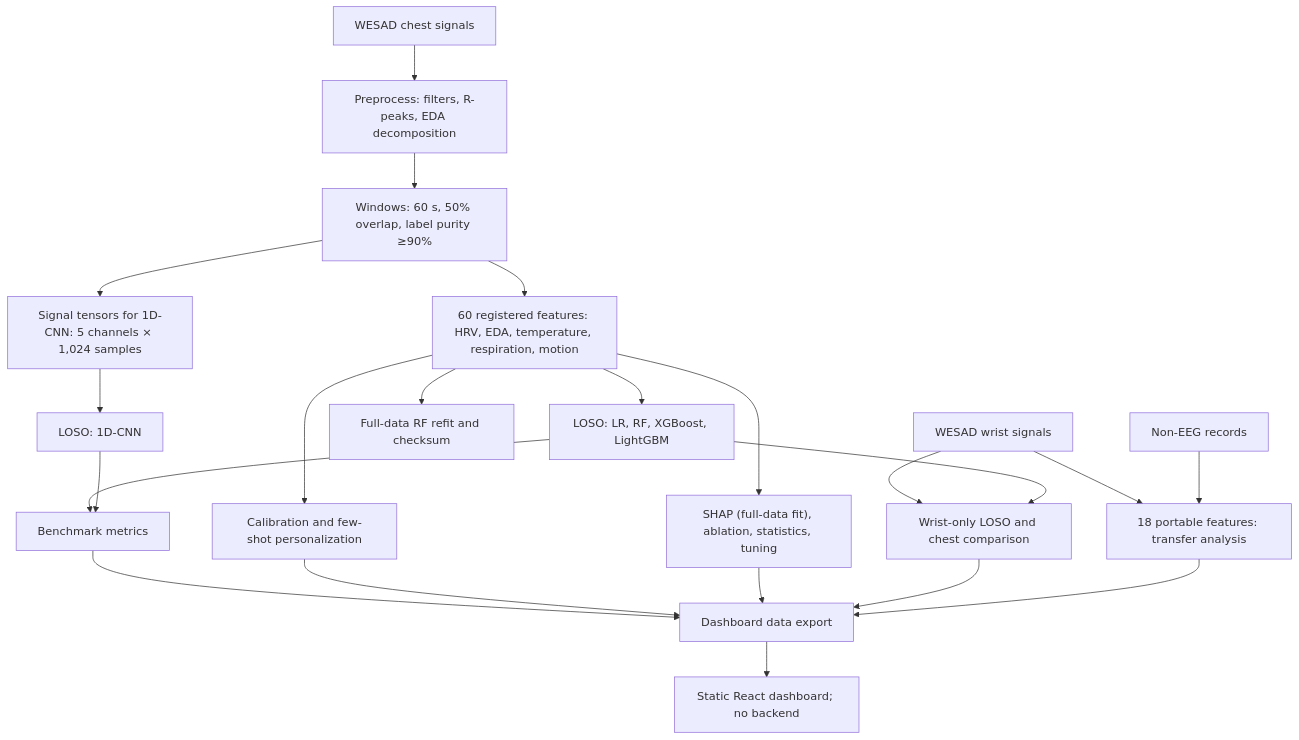
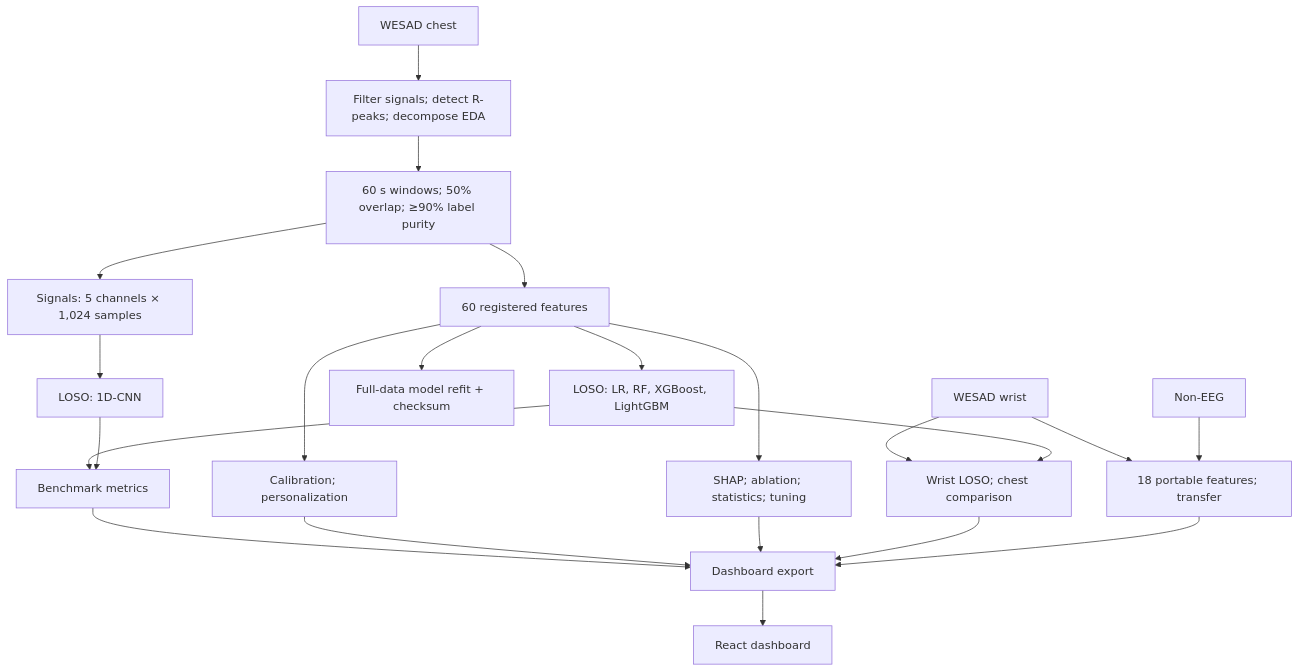
The diagram in README.md (urmeo/CalmSense), drawn with Mermaid before and after one commit. The commit also changed other lines of this file, not shown here.

````diff
--- a/README.md
+++ b/README.md
@@ -21,24 +20,24 @@
 ```mermaid
 flowchart TD
-    A["WESAD chest signals"] --> B["Preprocess: filters, R-peaks, EDA decomposition"]
-    B --> C["Windows: 60 s, 50% overlap, label purity ≥90%"]
-    C --> D["60 registered features: HRV, EDA, temperature, respiration, motion"]
-    C --> R["Signal tensors for 1D-CNN: 5 channels × 1,024 samples"]
+    A["WESAD chest"] --> B["Filter signals; detect R-peaks; decompose EDA"]
+    B --> C["60 s windows; 50% overlap; ≥90% label purity"]
+    C --> D["60 registered features"]
+    C --> R["Signals: 5 channels × 1,024 samples"]
     D --> E["LOSO: LR, RF, XGBoost, LightGBM"]
     R --> N["LOSO: 1D-CNN"]
     E --> F["Benchmark metrics"]
     N --> F
-    D --> G["Calibration and few-shot personalization"]
-    D --> H["SHAP (full-data fit), ablation, statistics, tuning"]
-    D --> I["Full-data RF refit and checksum"]
-    W["WESAD wrist signals"] --> V["Wrist-only LOSO and chest comparison"]
+    D --> G["Calibration; personalization"]
+    D --> H["SHAP; ablation; statistics; tuning"]
+    D --> I["Full-data model refit + checksum"]
+    W["WESAD wrist"] --> V["Wrist LOSO; chest comparison"]
     E --> V
-    W --> P["18 portable features: transfer analysis"]
-    O["Non-EEG records"] --> P
-    F --> J["Dashboard data export"]
+    W --> P["18 portable features; transfer"]
+    O["Non-EEG"] --> P
+    F --> J["Dashboard export"]
     G --> J
     H --> J
     V --> J
     P --> J
-    J --> K["Static React dashboard; no backend"]
+    J --> K["React dashboard"]
 ```
````
